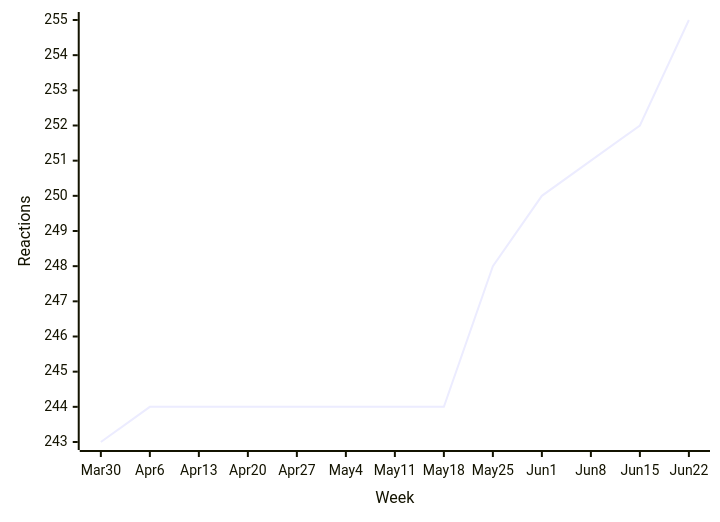
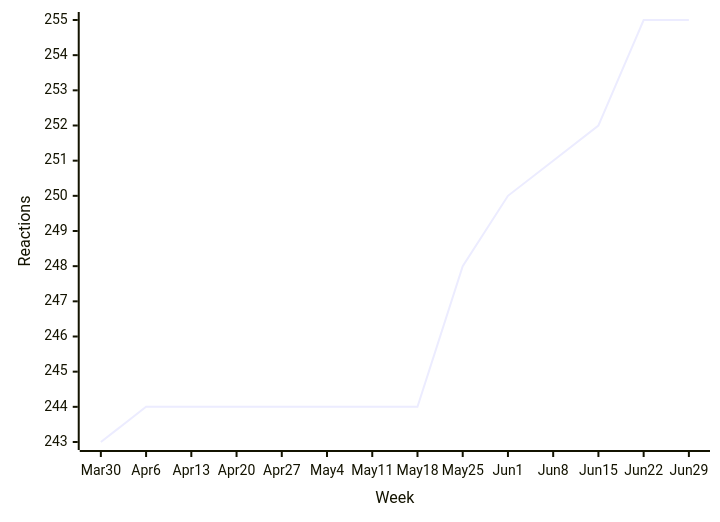
One commit to loic-sharma/github-insights changed diagram 12 of 48 in README.md. Above: the diagram before and after it, drawn with Mermaid. The commit also changed other lines of this file and 3 other files, not shown here.

````diff
--- a/README.md
+++ b/README.md
@@ -526,6 +526,6 @@
   ```mermaid
   xychart-beta
-    x-axis "Week" [Mar 30, Apr 6, Apr 13, Apr 20, Apr 27, May 4, May 11, May 18, May 25, Jun 1, Jun 8, Jun 15, Jun 22]
+    x-axis "Week" [Mar 30, Apr 6, Apr 13, Apr 20, Apr 27, May 4, May 11, May 18, May 25, Jun 1, Jun 8, Jun 15, Jun 22, Jun 29]
     y-axis "Reactions"
-    line [243, 244, 244, 244, 244, 244, 244, 244, 248, 250, 251, 252, 255]
+    line [243, 244, 244, 244, 244, 244, 244, 244, 248, 250, 251, 252, 255, 255]
   ```
````
